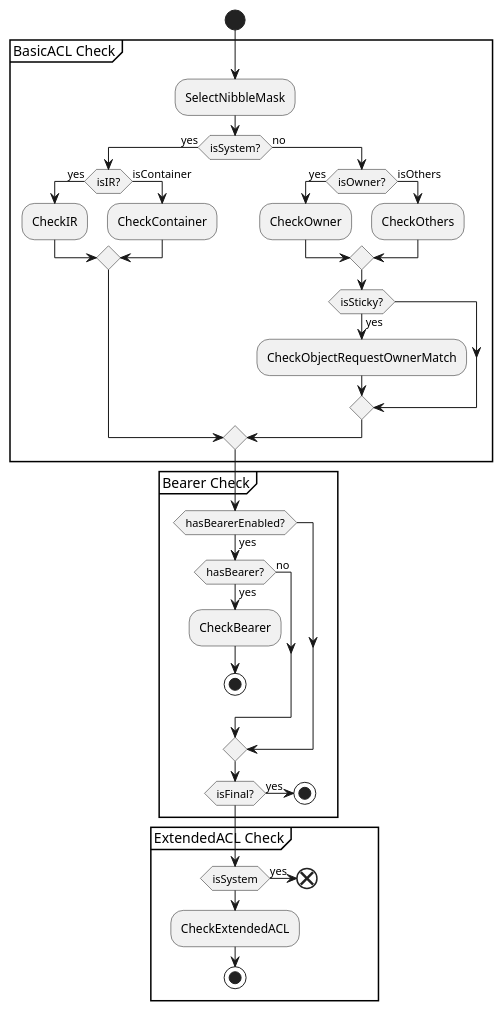
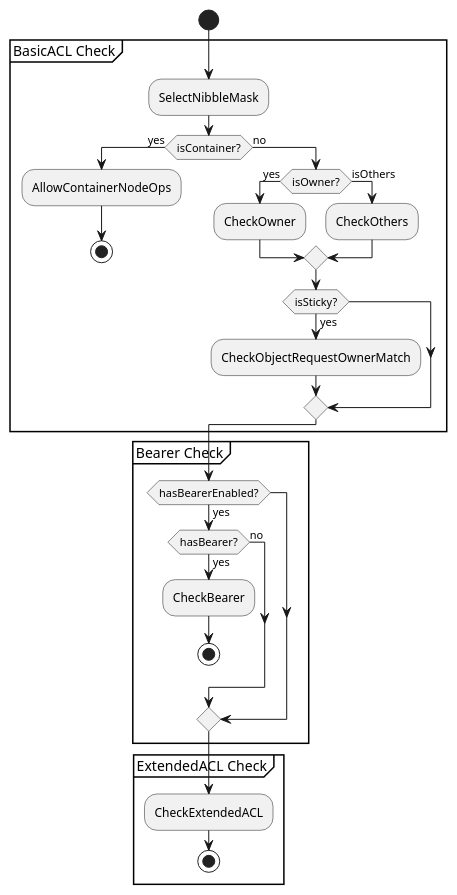
Before and after one commit to nspcc-dev/neofs-spec: the diagram in 01-arch/pic/acl-order.puml, drawn with PlantUML. The commit also changed 3 other files, not shown here.

```diff
--- a/01-arch/pic/acl-order.puml
+++ b/01-arch/pic/acl-order.puml
@@ -1,48 +1,37 @@
 @startuml
 
 start
 partition "BasicACL Check" {
 :SelectNibbleMask;
-if (isSystem?) then (yes)
- if (isIR?) then (yes)
-  :CheckIR;
- else (isContainer)
-  :CheckContainer;
-endif
-
+if (isContainer?) then (yes)
+  :AllowContainerNodeOps;
+  stop
 else (no)
   if (isOwner?) then (yes)
     :CheckOwner;
   else (isOthers)
     :CheckOthers;
   endif
   if (isSticky?) then (yes)
     :CheckObjectRequestOwnerMatch;
   endif
 endif
 }
 
 partition "Bearer Check" {
 if (hasBearerEnabled?) then (yes)
   if (hasBearer?) then (yes)
     :CheckBearer;
     stop
   else (no)
   endif
 endif
 
-if (isFinal?) then (yes)
-  stop
-endif
 }
 
 partition "ExtendedACL Check" {
-if (isSystem) then (yes)
-end
-else
 :CheckExtendedACL;
-endif
 stop
 }
 
 @enduml
```
